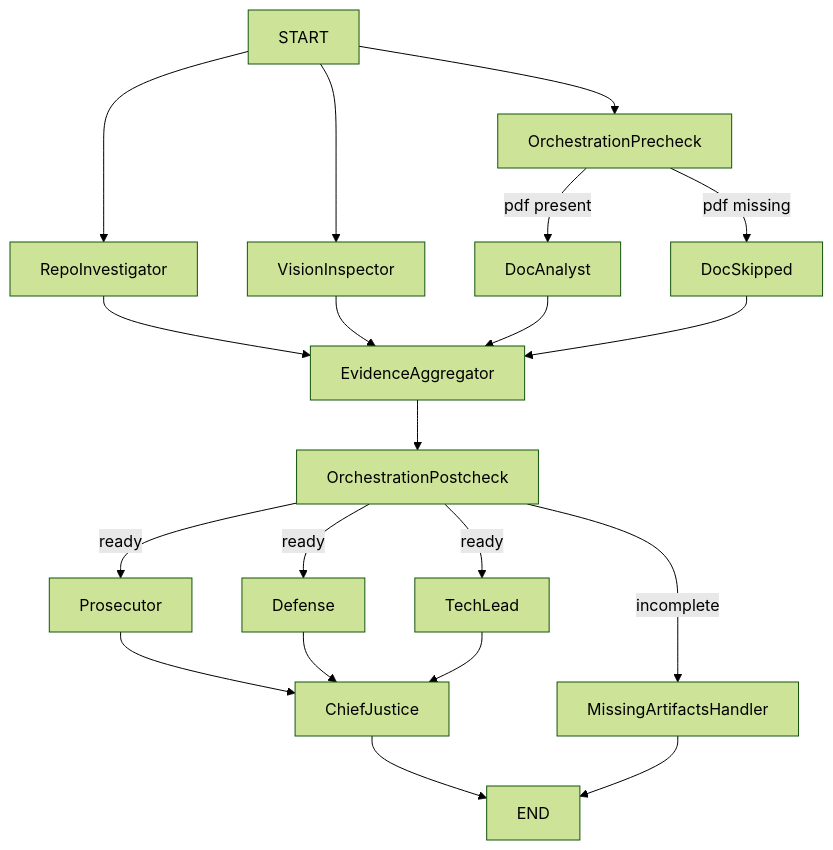
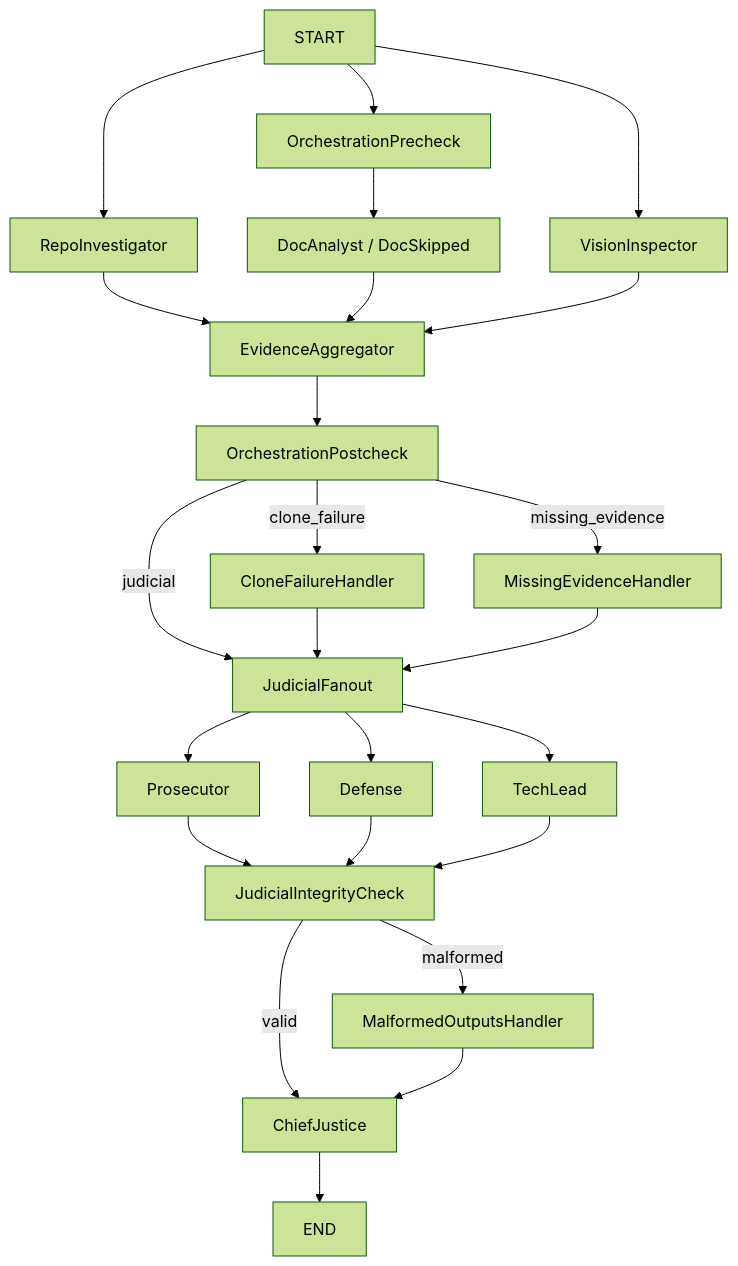
One commit to Gersum/TenX_W2_Intereme changed the second of 2 diagrams in reports/final_report.md. Above: the diagram before and after it, drawn with Mermaid (forest theme). The commit also changed other lines of this file and 8 other files, not shown here.

````diff
--- a/reports/final_report.md
+++ b/reports/final_report.md
@@ -39,22 +134,33 @@
 ```mermaid
 flowchart TD
-    A[START] --> B[RepoInvestigator]
-    A --> C[OrchestrationPrecheck]
-    A --> D[VisionInspector]
-    C -->|pdf present| E[DocAnalyst]
-    C -->|pdf missing| F[DocSkipped]
-    B --> G[EvidenceAggregator]
-    D --> G
-    E --> G
-    F --> G
-    G --> H[OrchestrationPostcheck]
-    H -->|ready| I[Prosecutor]
-    H -->|ready| J[Defense]
-    H -->|ready| K[TechLead]
-    H -->|incomplete| L[MissingArtifactsHandler]
-    I --> M[ChiefJustice]
-    J --> M
-    K --> M
-    M --> N[END]
-    L --> N
+    S["START"] --> R["RepoInvestigator"]
+    S --> O["OrchestrationPrecheck"]
+    S --> V["VisionInspector"]
+
+    O --> D["DocAnalyst / DocSkipped"]
+    R --> A["EvidenceAggregator"]
+    D --> A
+    V --> A
+
+    A --> P["OrchestrationPostcheck"]
+    P -->|judicial| JF["JudicialFanout"]
+    P -->|clone_failure| CF["CloneFailureHandler"]
+    P -->|missing_evidence| ME["MissingEvidenceHandler"]
+
+    CF --> JF
+    ME --> JF
+
+    JF --> JP["Prosecutor"]
+    JF --> JD["Defense"]
+    JF --> JT["TechLead"]
+
+    JP --> JI["JudicialIntegrityCheck"]
+    JD --> JI
+    JT --> JI
+
+    JI -->|valid| CJ["ChiefJustice"]
+    JI -->|malformed| MO["MalformedOutputsHandler"]
+    MO --> CJ
+
+    CJ --> E["END"]
 ```
````
